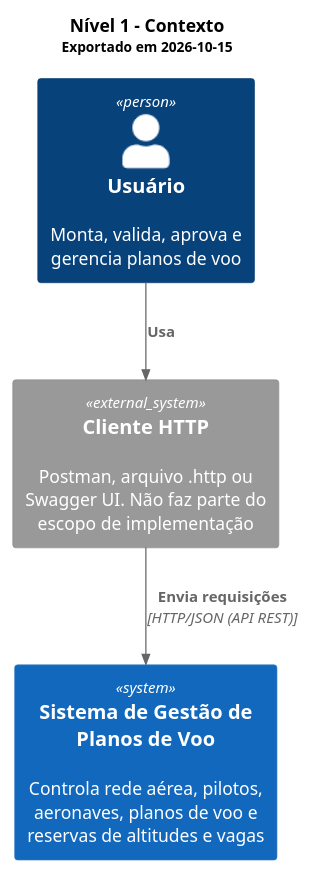
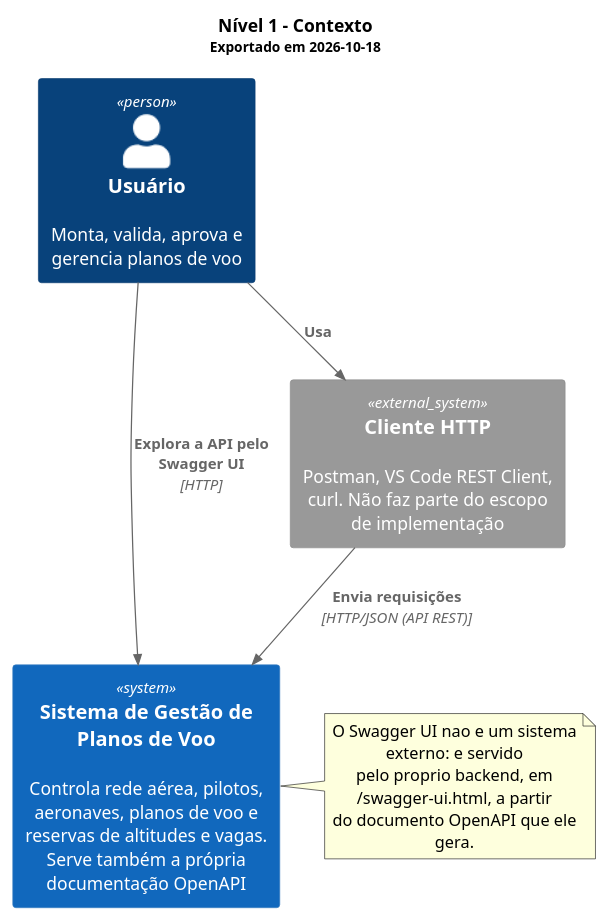
One commit to antoniocosta0/trabalho-projaq changed the diagram in docs/arquitetura/c4-contexto.puml. Above: the diagram before and after it, drawn with PlantUML. The commit also changed 16 other files, not shown here.

```diff
--- a/docs/arquitetura/c4-contexto.puml
+++ b/docs/arquitetura/c4-contexto.puml
@@ -1,18 +1,25 @@
 @startuml
 ' C4 nível 1 - Contexto
 ' PUCRS - Projeto e Arquitetura de Software - 2026/2 - turma 340
 !include <C4/C4_Context>
 
 title
   Nível 1 - Contexto
-  <size:11>Exportado em 2026-10-15</size>
+  <size:11>Exportado em 2026-10-18</size>
 end title
 
 Person(usuario, "Usuário", "Monta, valida, aprova e gerencia planos de voo")
-System_Ext(cliente, "Cliente HTTP", "Postman, arquivo .http ou Swagger UI. Não faz parte do escopo de implementação")
-System(sistema, "Sistema de Gestão de Planos de Voo", "Controla rede aérea, pilotos, aeronaves, planos de voo e reservas de altitudes e vagas")
+System_Ext(cliente, "Cliente HTTP", "Postman, VS Code REST Client, curl. Não faz parte do escopo de implementação")
+System(sistema, "Sistema de Gestão de Planos de Voo", "Controla rede aérea, pilotos, aeronaves, planos de voo e reservas de altitudes e vagas. Serve também a própria documentação OpenAPI")
 
 Rel(usuario, cliente, "Usa")
 Rel(cliente, sistema, "Envia requisições", "HTTP/JSON (API REST)")
+Rel(usuario, sistema, "Explora a API pelo Swagger UI", "HTTP")
+
+note right of sistema
+  O Swagger UI nao e um sistema externo: e servido
+  pelo proprio backend, em /swagger-ui.html, a partir
+  do documento OpenAPI que ele gera.
+end note
 
 @enduml
```
